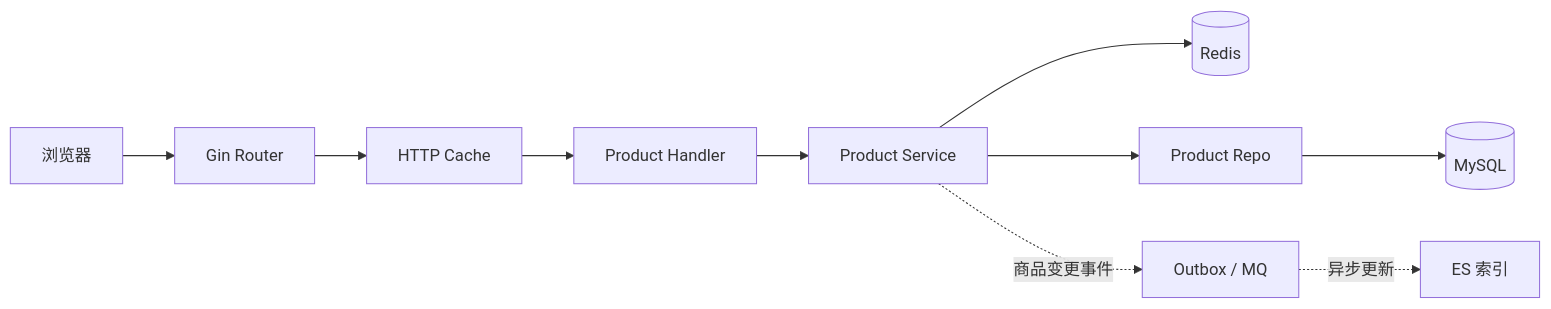
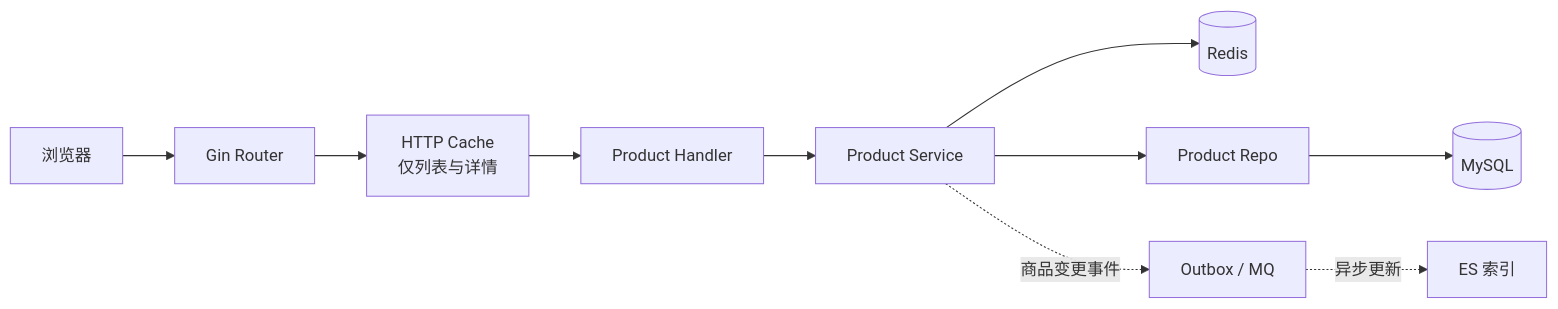
Before and after one commit to RedInn7/gomall: the first of 3 diagrams in docs/lecture/02-product-display.md, drawn with Mermaid. The commit also changed other lines of this file, not shown here.

````diff
--- a/docs/lecture/02-product-display.md
+++ b/docs/lecture/02-product-display.md
@@ -94,12 +96,12 @@
 ```mermaid
 flowchart LR
     B[浏览器] --> R[Gin Router]
-    R --> H[HTTP Cache]
+    R --> H[HTTP Cache<br/>仅列表与详情]
     H --> P[Product Handler]
     P --> S[Product Service]
     S --> C[(Redis)]
     S --> D[Product Repo]
     D --> M[(MySQL)]
     S -.商品变更事件.-> O[Outbox / MQ]
     O -.异步更新.-> E[ES 索引]
 ```
````
